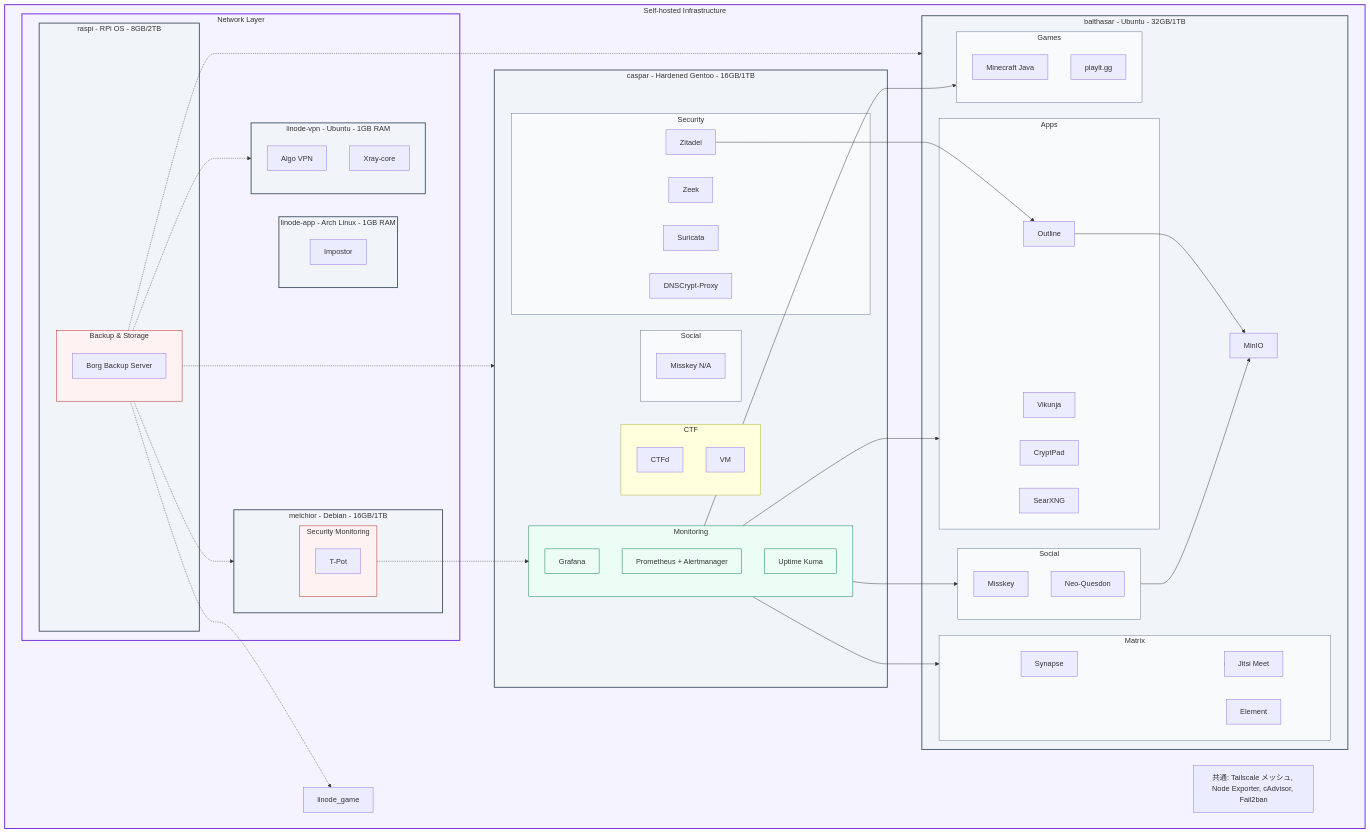
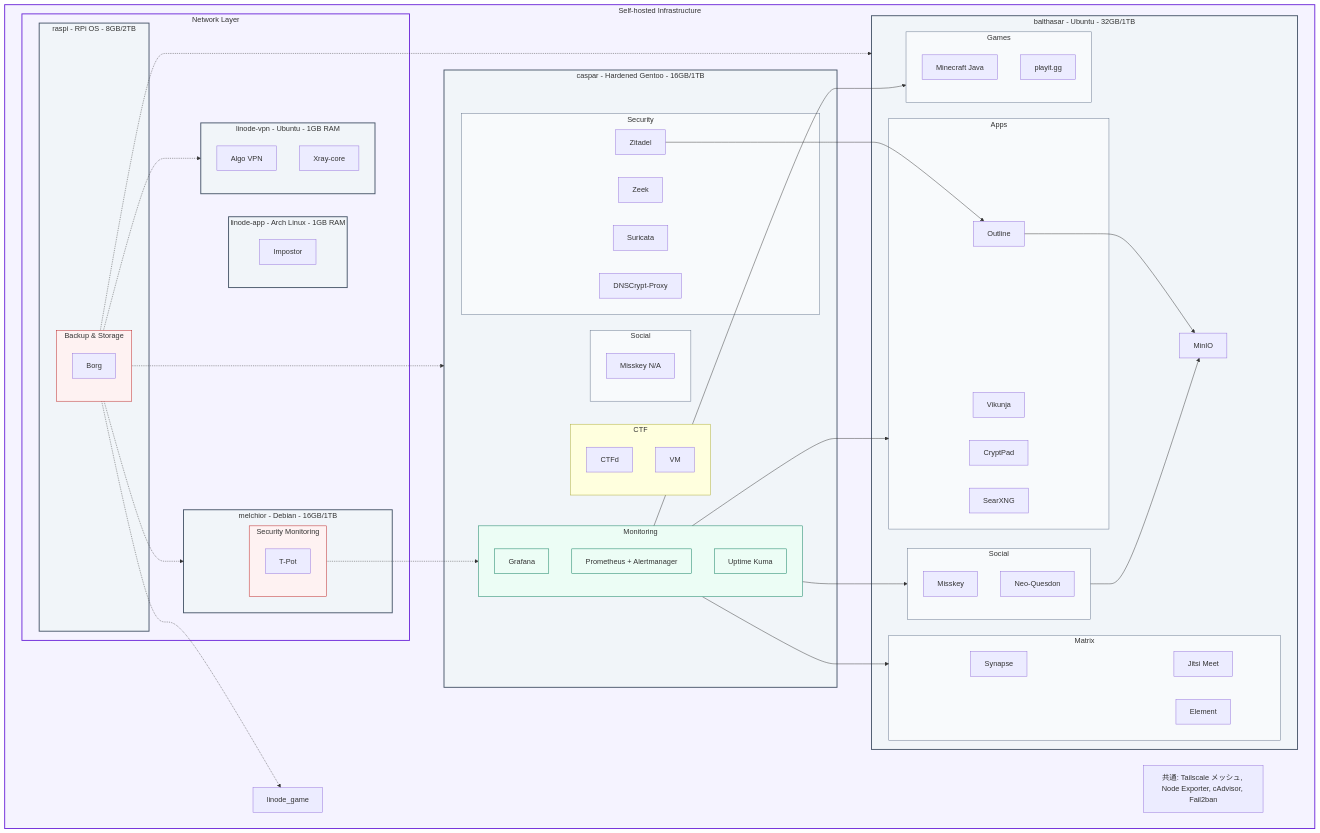
Before and after one commit to yamisskey-dev/hosted-list: the diagram in README.md, drawn with Mermaid.

```diff
--- a/README.md
+++ b/README.md
@@ -22,7 +22,7 @@
         
         subgraph raspi[raspi - RPi OS - 8GB/2TB]
             subgraph backup[Backup & Storage]
-                borgbackup[Borg Backup Server]
+                borgbackup[Borg]
             end
         end
         
```
